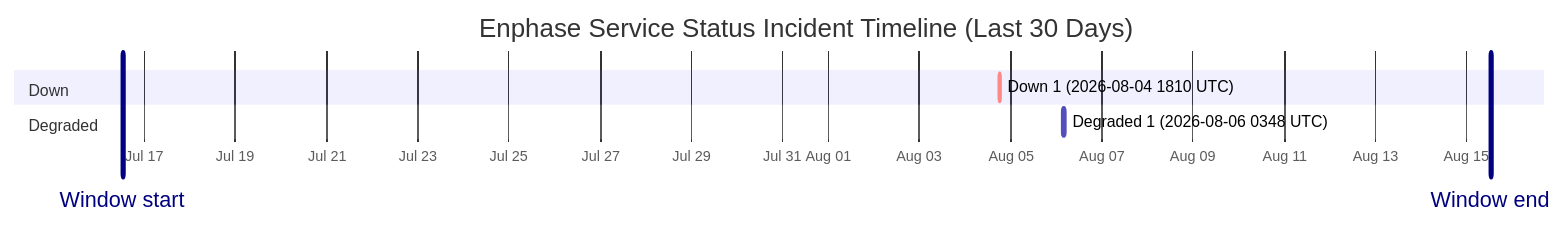
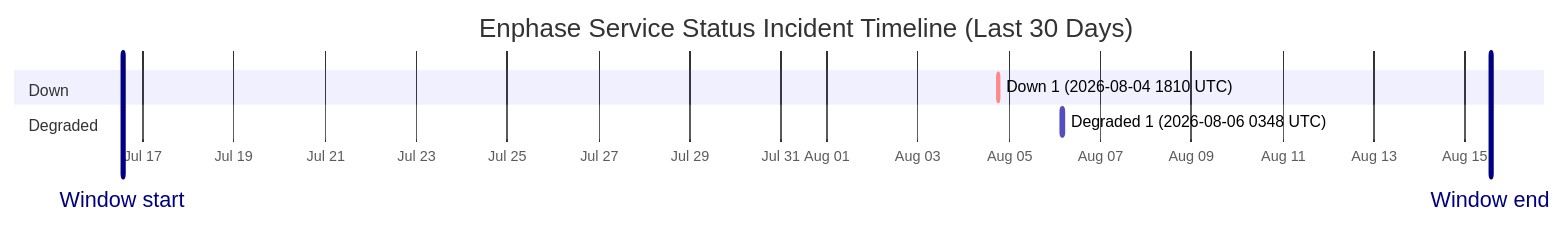
One commit to barneyonline/ha-enphase-energy changed the diagram in wiki/Service-Status-History.md. Above: the diagram before and after it, drawn with Mermaid. The commit also changed other lines of this file and 3 other files, not shown here.

````diff
--- a/wiki/Service-Status-History.md
+++ b/wiki/Service-Status-History.md
@@ -14,12 +14,12 @@
 ```mermaid
 gantt
     title Enphase Service Status Incident Timeline (Last 30 Days)
     dateFormat  YYYY-MM-DDTHH:mm:ss
     axisFormat  %b %d
-    Window start :vert, window-start, 2026-07-16T12:33:24, 0ms
-    Window end :vert, window-end, 2026-08-15T12:33:24, 0ms
+    Window start :vert, window-start, 2026-07-16T13:27:59, 0ms
+    Window end :vert, window-end, 2026-08-15T13:27:59, 0ms
     section Down
     Down 1 (2026-08-04 1810 UTC) :crit, down-1, 2026-08-04T18:10:46, 60m
     section Degraded
     Degraded 1 (2026-08-06 0348 UTC) :active, degraded-1, 2026-08-06T03:48:14, 60m
 ```
````
